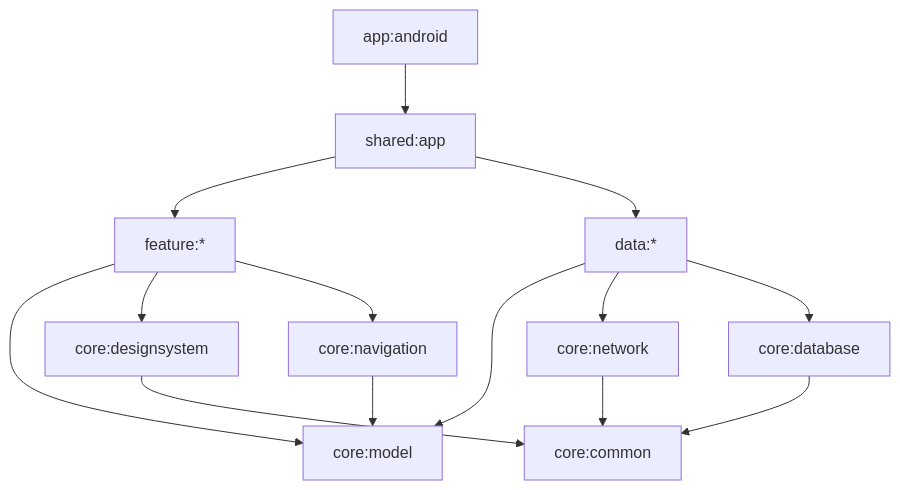
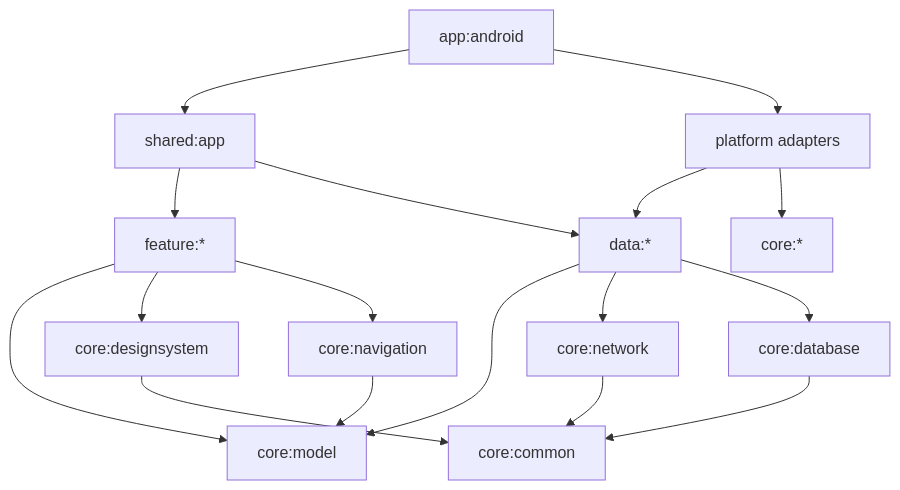
One commit to Sherlock-Holmos/anime changed the second of 9 diagrams in docs/anime项目完整详细设计文档.md. Above: the diagram before and after it, drawn with Mermaid. The commit also changed other lines of this file and 122 other files, not shown here.

Commit message:
feat: complete P0 cross-platform product flow

````diff
--- a/docs/anime项目完整详细设计文档.md
+++ b/docs/anime项目完整详细设计文档.md
@@ -436,16 +453,19 @@
 ```mermaid
 flowchart TD
     Android[app:android] --> App[shared:app]
+    Android --> Adapters[platform adapters]
+    Adapters --> Data[data:*]
+    Adapters --> Core[core:*]
     App --> Feature[feature:*]
     App --> Data[data:*]
     Feature --> Model[core:model]
     Feature --> DS[core:designsystem]
     Feature --> Nav[core:navigation]
     Data --> Model
     Data --> Net[core:network]
     Data --> DB[core:database]
     Net --> Common[core:common]
     DB --> Common
     DS --> Common[core:common]
     Nav --> Model
 ```
````
